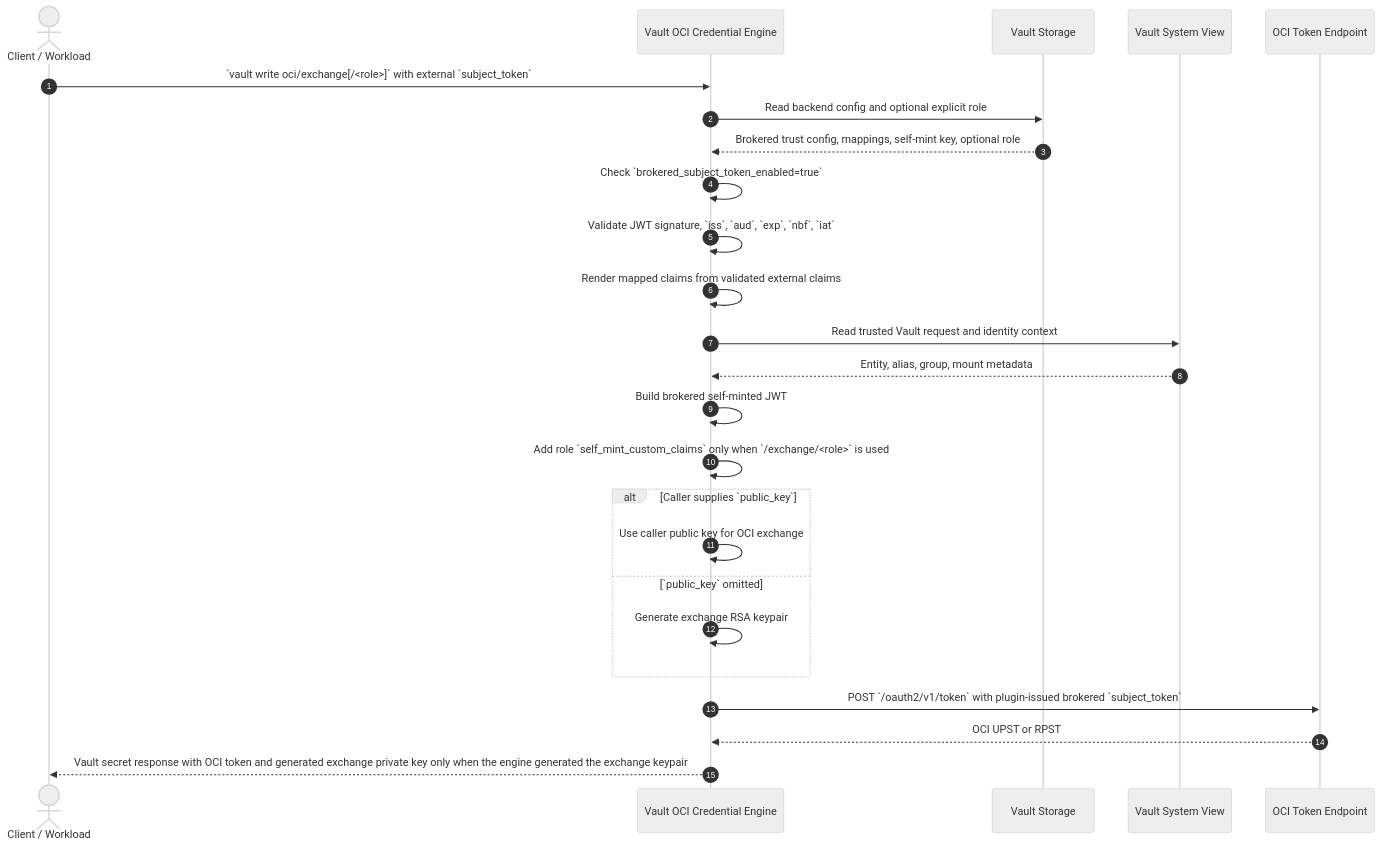
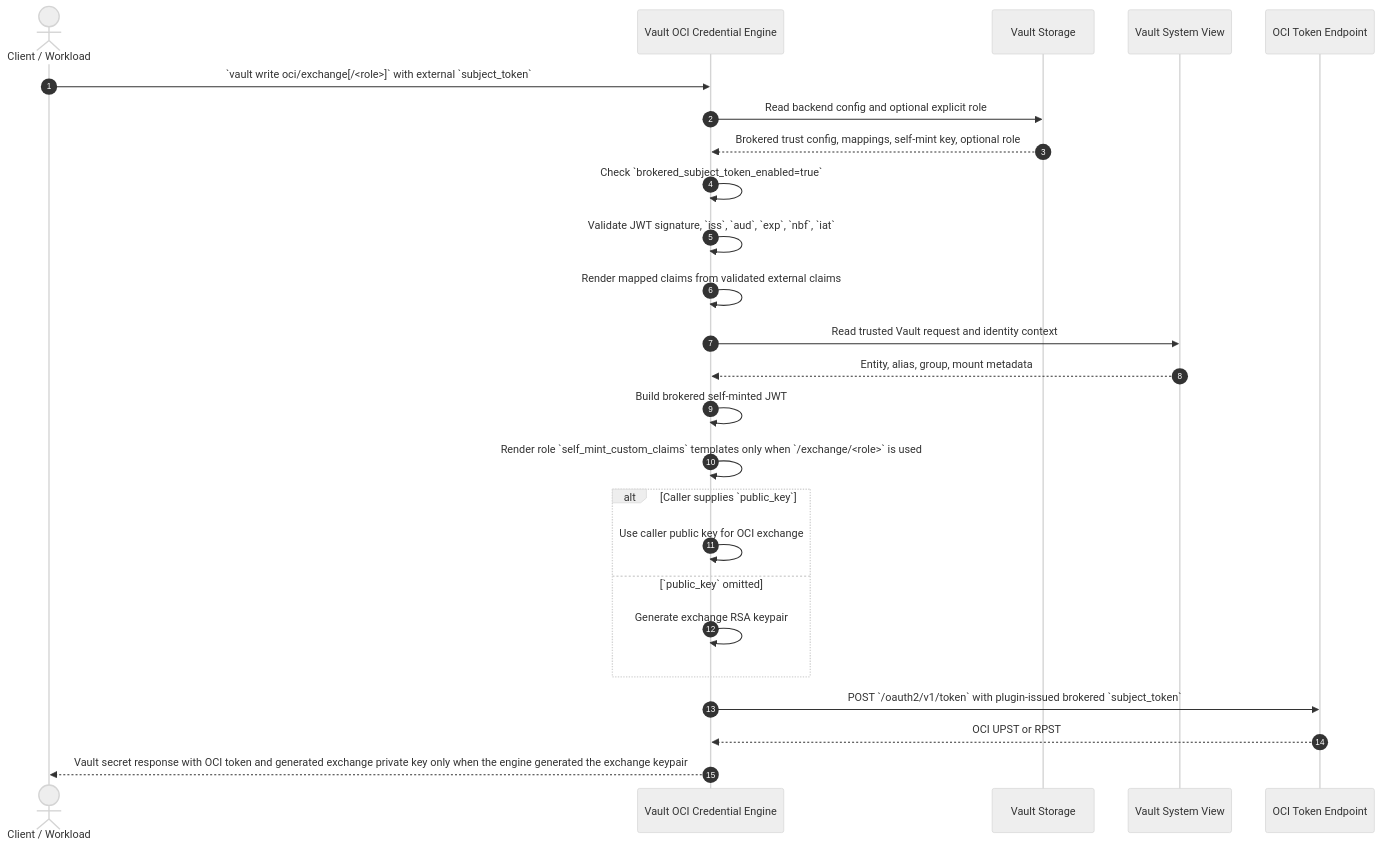
Before and after one commit to gtrevorrow/Hashicorp-OCI-credential-engine: the third of 5 diagrams in README.md, drawn with Mermaid (neutral theme). The commit also changed other lines of this file and 2 other files, not shown here.

Commit message:
docs(readme): document self-mint claim templates

````diff
--- a/README.md
+++ b/README.md
@@ -81,28 +81,28 @@
 ```mermaid
 sequenceDiagram
     autonumber
     actor C as Client / Workload
     participant V as Vault OCI Credential Engine
     participant S as Vault Storage
     participant SV as Vault System View
     participant O as OCI Token Endpoint
 
     C->>V: `vault write oci/exchange[/<role>]` with external `subject_token`
     V->>S: Read backend config and optional explicit role
     S-->>V: Brokered trust config, mappings, self-mint key, optional role
     V->>V: Check `brokered_subject_token_enabled=true`
     V->>V: Validate JWT signature, `iss`, `aud`, `exp`, `nbf`, `iat`
     V->>V: Render mapped claims from validated external claims
     V->>SV: Read trusted Vault request and identity context
     SV-->>V: Entity, alias, group, mount metadata
     V->>V: Build brokered self-minted JWT
-    V->>V: Add role `self_mint_custom_claims` only when `/exchange/<role>` is used
+    V->>V: Render role `self_mint_custom_claims` templates only when `/exchange/<role>` is used
     alt Caller supplies `public_key`
         V->>V: Use caller public key for OCI exchange
     else `public_key` omitted
         V->>V: Generate exchange RSA keypair
     end
     V->>O: POST `/oauth2/v1/token` with plugin-issued brokered `subject_token`
     O-->>V: OCI UPST or RPST
     V-->>C: Vault secret response with OCI token and generated exchange private key only when the engine generated the exchange keypair
 ```
````
